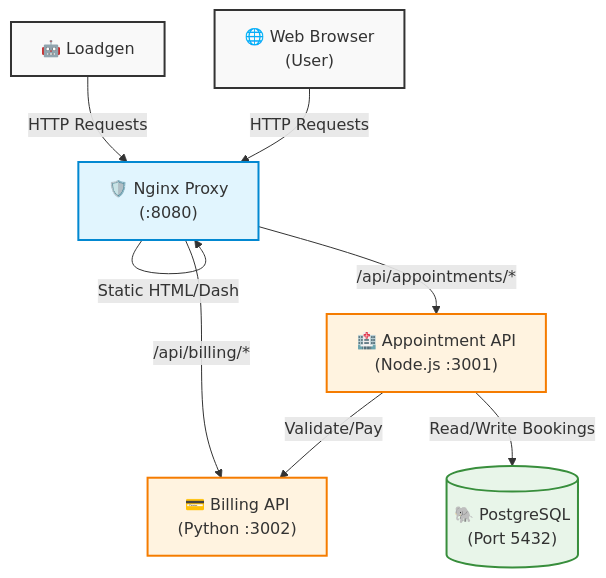
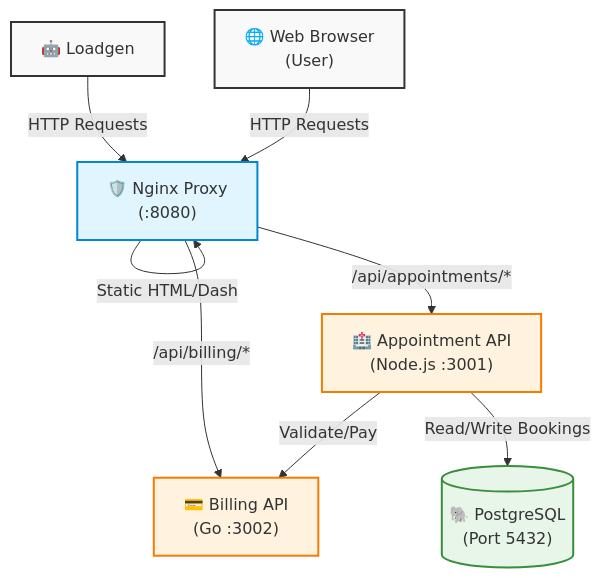
The diagram in README.md (pararadiptaa/mediora), drawn with Mermaid before and after one commit. The commit also changed other lines of this file and 4 other files, not shown here.

Commit message:
feat: reimplement billing service in Go using Gin and add chaos engineering capabilities.

````diff
--- a/README.md
+++ b/README.md
@@ -13,30 +13,30 @@
 ```mermaid
 graph TD
     %% Define styles
     classDef client fill:#f9f9f9,stroke:#333,stroke-width:2px;
     classDef proxy fill:#e1f5fe,stroke:#0288d1,stroke-width:2px;
     classDef service fill:#fff3e0,stroke:#f57c00,stroke-width:2px;
     classDef db fill:#e8f5e9,stroke:#388e3c,stroke-width:2px;
 
     %% Nodes
     Loadgen["🤖 Loadgen<br/>"]:::client
     Browser["🌐 Web Browser<br/>(User)"]:::client
     
     Nginx["🛡️ Nginx Proxy<br/>(:8080)"]:::proxy
     
     ApptAPI["🏥 Appointment API<br/>(Node.js :3001)"]:::service
-    BillingAPI["💳 Billing API<br/>(Python :3002)"]:::service
+    BillingAPI["💳 Billing API<br/>(Go :3002)"]:::service
     
     Postgres[("🐘 PostgreSQL<br/>(Port 5432)")]:::db
 
     %% Connections
     Loadgen -->|HTTP Requests| Nginx
     Browser -->|HTTP Requests| Nginx
     
     Nginx -->|Static HTML/Dash| Nginx
     Nginx -->|/api/appointments/*| ApptAPI
     Nginx -->|/api/billing/*| BillingAPI
     
     ApptAPI -->|Validate/Pay| BillingAPI
     ApptAPI -->|Read/Write Bookings| Postgres
 ```
````
